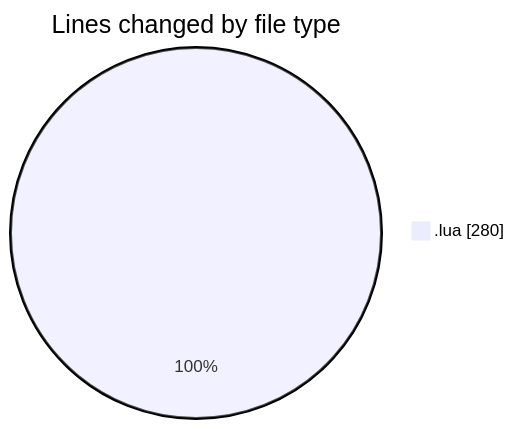
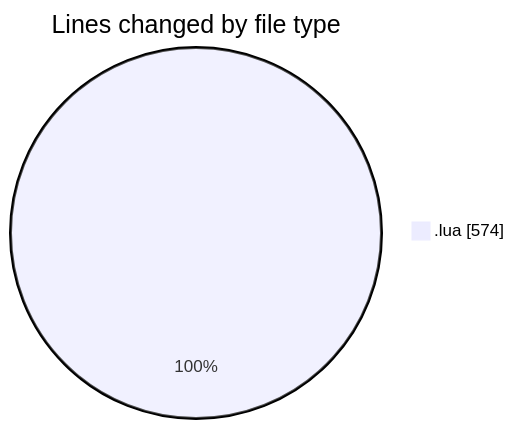
The first of 2 diagrams in 2025-08-10/_hammerspoon/README.md (EIIisD/code-tracking), drawn with Mermaid before and after one commit. The commit also changed other lines of this file and 1 other file, not shown here.

````diff
--- a/2025-08-10/_hammerspoon/README.md
+++ b/2025-08-10/_hammerspoon/README.md
@@ -20,5 +22,5 @@
 ```mermaid
 pie showData
 title Lines changed by file type
-".lua" : 280
+".lua" : 574
 ```
````
